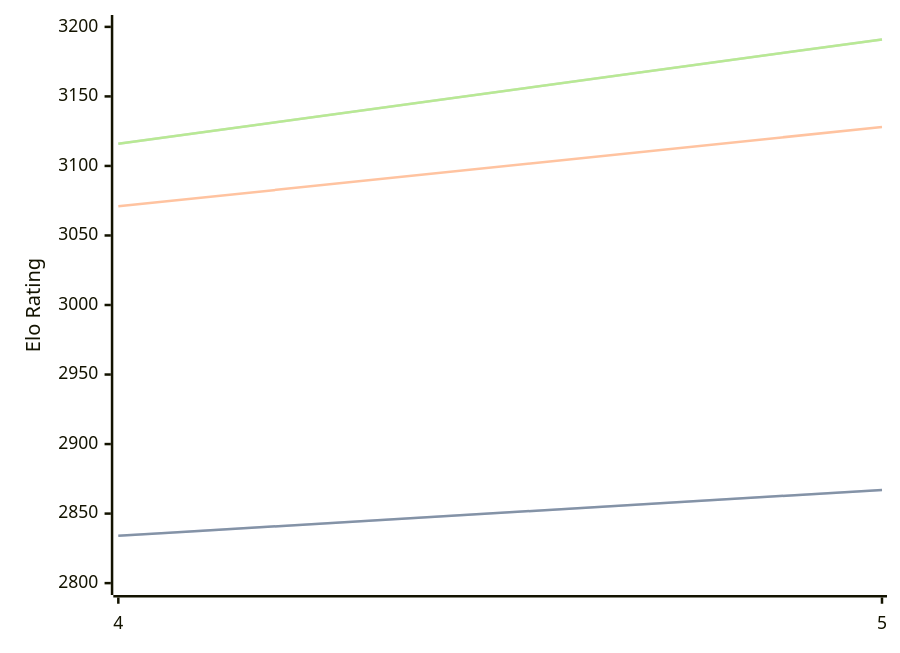
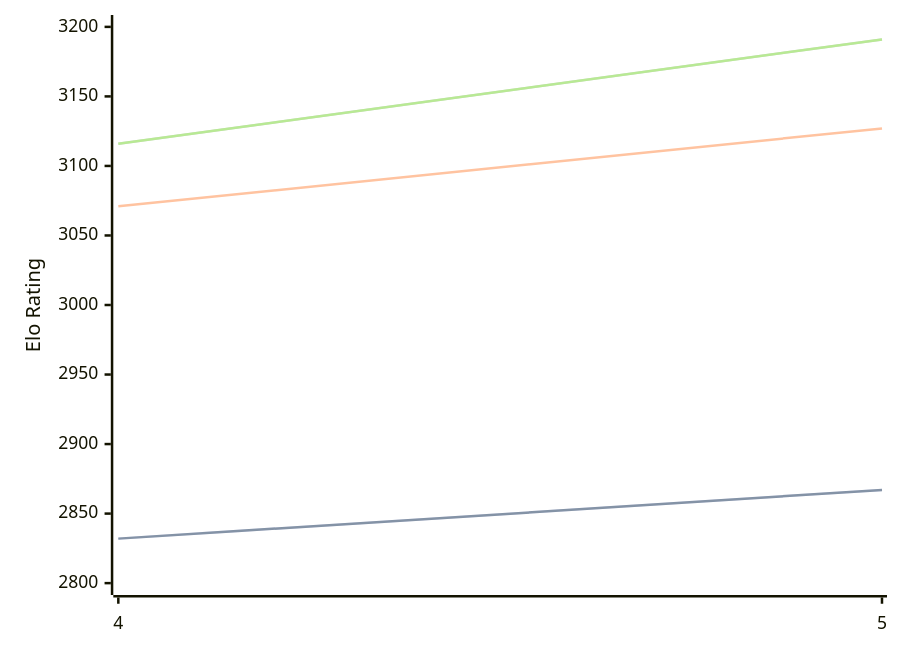
One commit to computer-chess-index/cci changed the diagram in engines/Cwtch.md. Above: the diagram before and after it, drawn with Mermaid. The commit also changed other lines of this file, not shown here.

````diff
--- a/engines/Cwtch.md
+++ b/engines/Cwtch.md
@@ -34,11 +34,11 @@
 ```mermaid
 %%{init: {"theme":"base","themeVariables":{"seriesColors:['#a3a3a3','#222221','#faa371']}}}%%
 xychart-beta
   x-axis ["4", "5"]
   y-axis "Elo Rating" 2800 --> 3200
-  line "STC (8.0+0.08s)" [2834, 2867]
-  line "STC (8.0+0.08s)" [2834, 2867]
-  line "LTC (60.0+0.60s)" [3071, 3128]
+  line "STC (8.0+0.08s)" [2832, 2867]
+  line "STC (8.0+0.08s)" [2832, 2867]
+  line "LTC (60.0+0.60s)" [3071, 3127]
   line "VLTC (2m24s+1.12s)" [3116, 3191]
   line "VLTC (2m24s+1.12s)" [3116, 3191]
 ```
````
